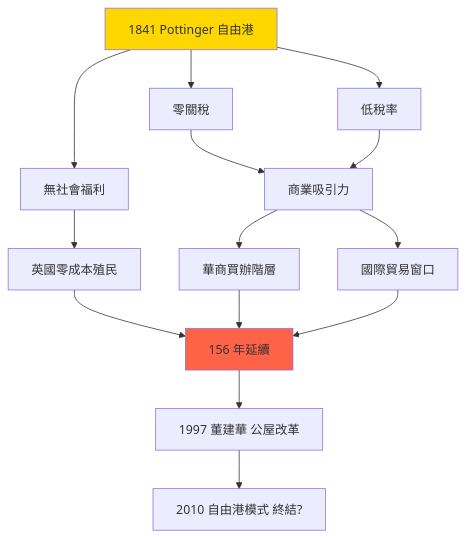
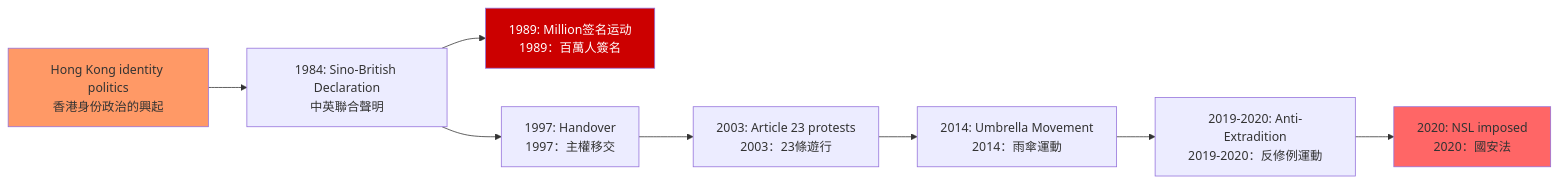
One commit to yip-lgtm/HKU-Harvard-History-Self-Study changed the fifth of 5 diagrams in 01_HKU_Courses/HIST1017_Modern_Hong_Kong.md. Above: the diagram before and after it, drawn with Mermaid. The commit also changed other lines of this file and 25 other files, not shown here.

````diff
--- a/01_HKU_Courses/HIST1017_Modern_Hong_Kong.md
+++ b/01_HKU_Courses/HIST1017_Modern_Hong_Kong.md
@@ -666,19 +178,14 @@
 ```mermaid
-graph TD
-    A[1841 Pottinger 自由港] --> B[零關稅]
-    A --> C[低稅率]
-    A --> D[無社會福利]
-    B --> E[商業吸引力]
-    C --> E
-    D --> F[英國零成本殖民]
-    E --> G[華商買辦階層]
-    E --> H[國際貿易窗口]
-    F --> I[156 年延續]
-    G --> I
-    H --> I
-    I --> J[1997 董建華 公屋改革]
-    J --> K[2010 自由港模式 終結?]
+graph LR
+    A[Hong Kong identity politics<br/>香港身份政治的興起] --> B[1984: Sino-British Declaration<br/>中英聯合聲明]
+    B --> C[1989: Million签名运动<br/>1989：百萬人簽名]
+    B --> D[1997: Handover<br/>1997：主權移交]
+    D --> E[2003: Article 23 protests<br/>2003：23條遊行]
+    E --> F[2014: Umbrella Movement<br/>2014：雨傘運動]
+    F --> G[2019-2020: Anti-Extradition<br/>2019-2020：反修例運動]
+    G --> H[2020: NSL imposed<br/>2020：國安法]
     
-    style A fill:#ffd700
-    style I fill:#ff6347
+    style A fill:#f96
+    style C fill:#c00,color:#fff
+    style H fill:#f66
 ```
````
